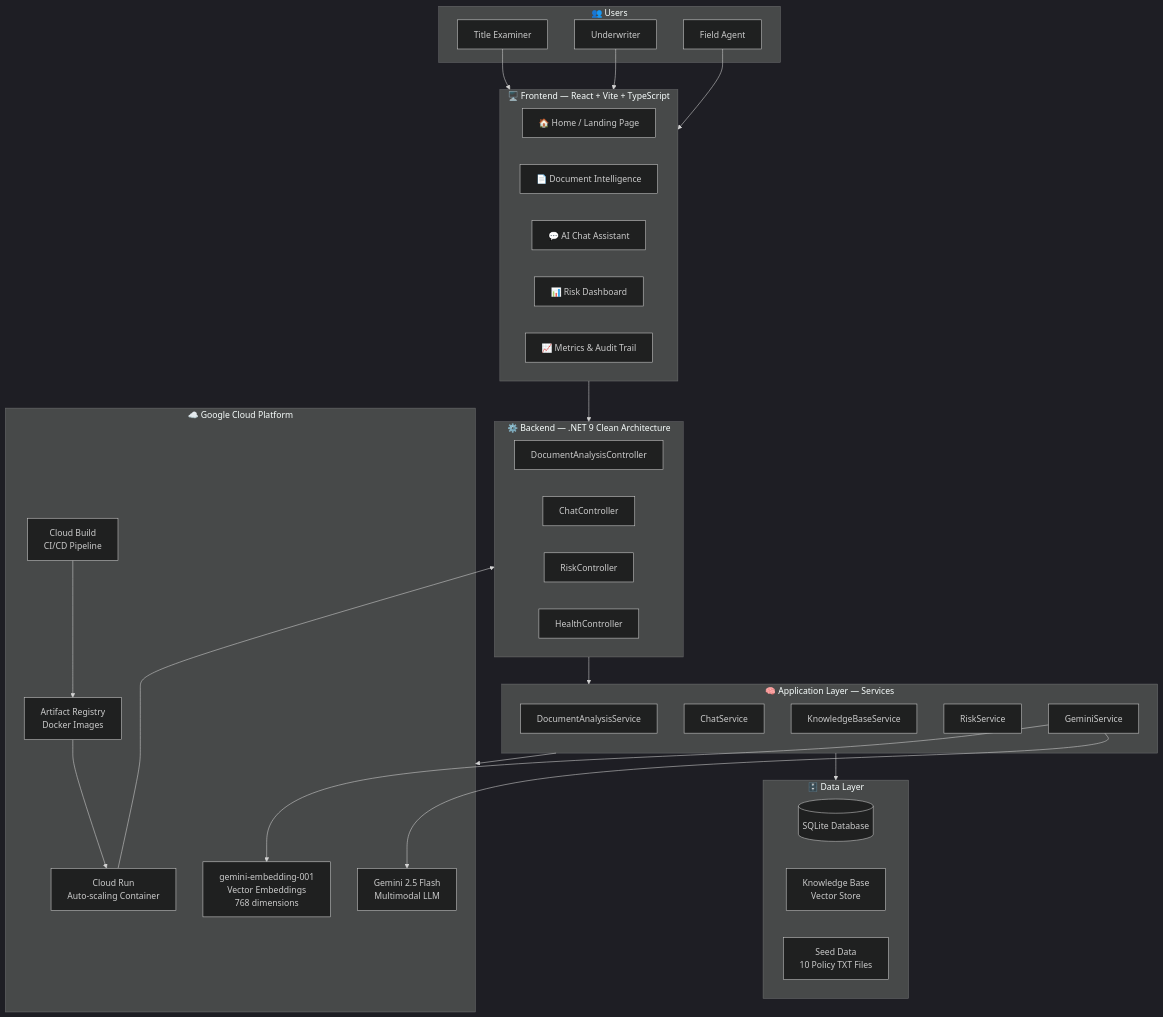
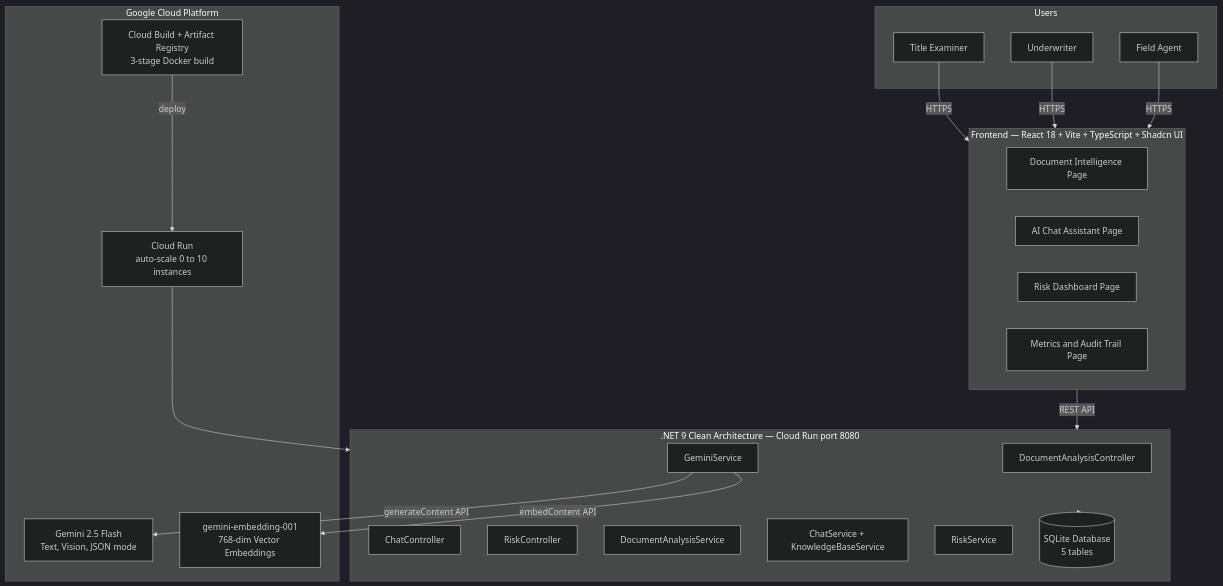
Before and after one commit to SahilShaikhStewart/StewartAI: the first of 3 diagrams in ARCHITECTURE_DESIGN.md, drawn with Mermaid (dark theme). The commit also changed other lines of this file, not shown here.

Commit message:
Trim to 3 focused diagrams

````diff
--- a/ARCHITECTURE_DESIGN.md
+++ b/ARCHITECTURE_DESIGN.md
@@ -10,55 +8,41 @@
 ```mermaid
 graph TB
-    subgraph Users["👥 Users"]
+    subgraph Users["Users"]
         UA[Title Examiner]
         UB[Underwriter]
         UC[Field Agent]
     end
 
-    subgraph Frontend["🖥️ Frontend — React + Vite + TypeScript"]
-        F1[🏠 Home / Landing Page]
-        F2[📄 Document Intelligence]
-        F3[💬 AI Chat Assistant]
-        F4[📊 Risk Dashboard]
-        F5[📈 Metrics & Audit Trail]
+    subgraph Frontend["Frontend — React 18 + Vite + TypeScript + Shadcn UI"]
+        F1[Document Intelligence Page]
+        F2[AI Chat Assistant Page]
+        F3[Risk Dashboard Page]
+        F4[Metrics and Audit Trail Page]
     end
 
-    subgraph Backend["⚙️ Backend — .NET 9 Clean Architecture"]
+    subgraph Backend[".NET 9 Clean Architecture — Cloud Run port 8080"]
         B1[DocumentAnalysisController]
         B2[ChatController]
         B3[RiskController]
-        B4[HealthController]
+        S1[DocumentAnalysisService]
+        S2[ChatService + KnowledgeBaseService]
+        S3[RiskService]
+        S4[GeminiService]
+        DB[(SQLite Database\n5 tables)]
     end
 
-    subgraph AppLayer["🧠 Application Layer — Services"]
-        S1[DocumentAnalysisService]
-        S2[ChatService]
-        S3[KnowledgeBaseService]
-        S4[RiskService]
-        S5[GeminiService]
+    subgraph GCP["Google Cloud Platform"]
+        CR[Cloud Run\nauto-scale 0 to 10 instances]
+        GAI[Gemini 2.5 Flash\nText, Vision, JSON mode]
+        GEM[gemini-embedding-001\n768-dim Vector Embeddings]
+        CB[Cloud Build + Artifact Registry\n3-stage Docker build]
     end
 
-    subgraph Data["🗄️ Data Layer"]
-        DB[(SQLite Database)]
-        KB[Knowledge Base\nVector Store]
-        SD[Seed Data\n10 Policy TXT Files]
-    end
-
-    subgraph GCP["☁️ Google Cloud Platform"]
-        GR[Cloud Run\nAuto-scaling Container]
-        GAI[Gemini 2.5 Flash\nMultimodal LLM]
-        GEM[gemini-embedding-001\nVector Embeddings\n768 dimensions]
-        GCB[Cloud Build\nCI/CD Pipeline]
-        GAR[Artifact Registry\nDocker Images]
-    end
-
-    UA & UB & UC --> Frontend
-    Frontend --> Backend
-    Backend --> AppLayer
-    AppLayer --> Data
-    AppLayer --> GCP
-    S5 --> GAI
-    S5 --> GEM
-    GR --> Backend
-    GCB --> GAR --> GR
+    UA & UB & UC -->|HTTPS| Frontend
+    Frontend -->|REST API| Backend
+    Backend --> DB
+    S4 -->|generateContent API| GAI
+    S4 -->|embedContent API| GEM
+    CB -->|deploy| CR
+    CR --> Backend
 ```
````
